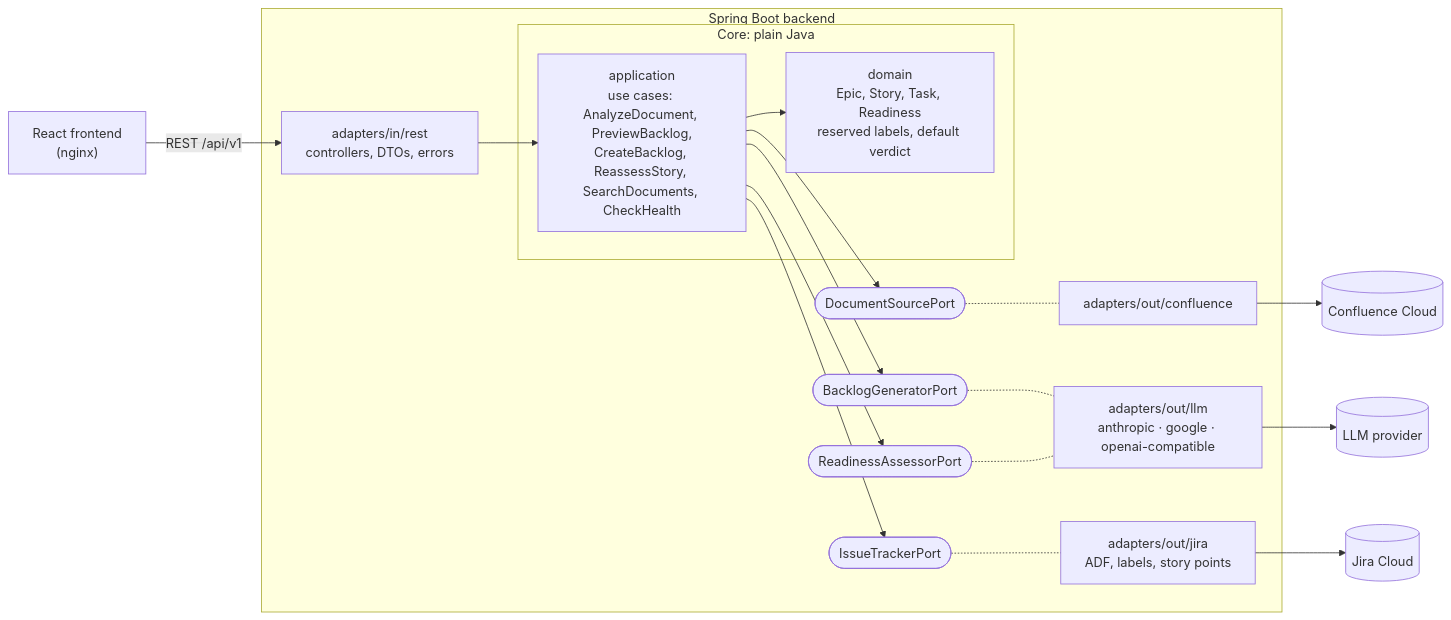
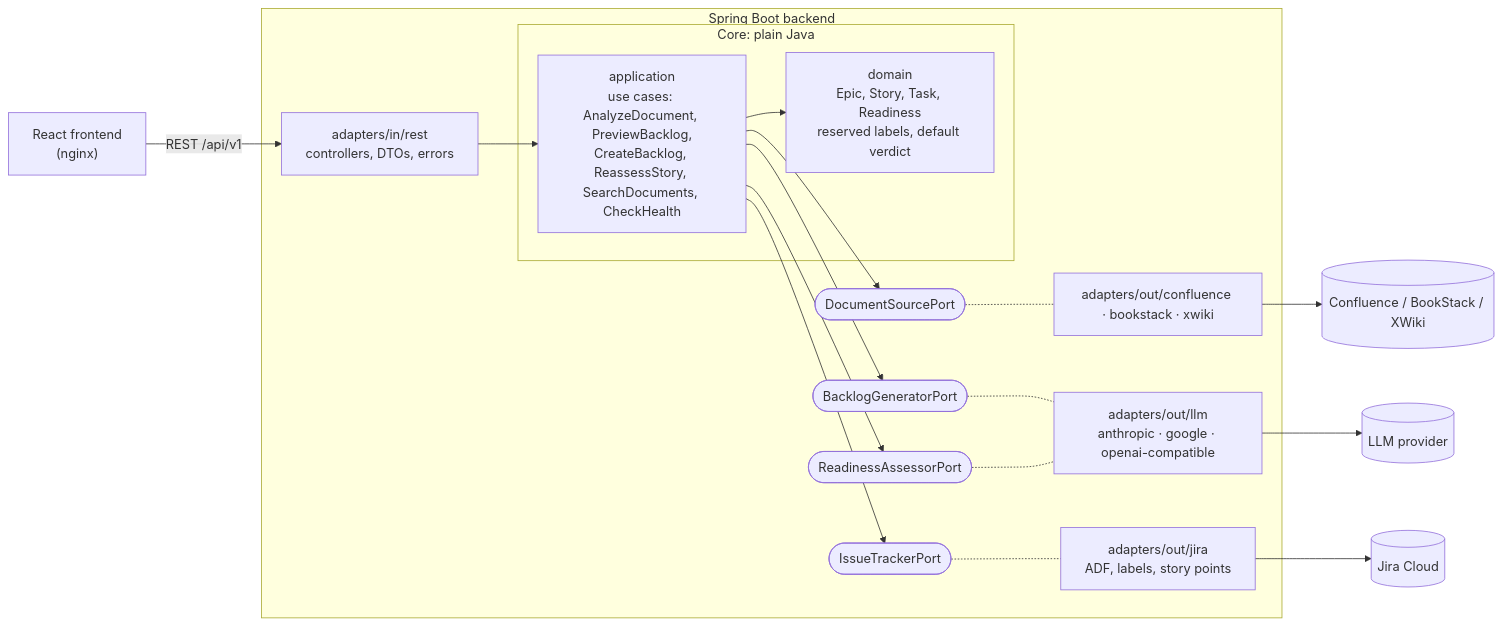
One commit to chams-bensalem/refinr changed the second of 2 diagrams in README.md. Above: the diagram before and after it, drawn with Mermaid. The commit also changed other lines of this file and 19 other files, not shown here.

````diff
--- a/README.md
+++ b/README.md
@@ -177,24 +188,24 @@
 ```mermaid
 flowchart LR
     UI["React frontend<br/>(nginx)"] -->|REST /api/v1| REST
     subgraph backend["Spring Boot backend"]
         REST["adapters/in/rest<br/>controllers, DTOs, errors"]
         subgraph core["Core: plain Java"]
             UC["application<br/>use cases: AnalyzeDocument, PreviewBacklog,<br/>CreateBacklog, ReassessStory, SearchDocuments, CheckHealth"]
             DOM["domain<br/>Epic, Story, Task, Readiness<br/>reserved labels, default verdict"]
             UC --> DOM
         end
         REST --> UC
         UC --> P1(["DocumentSourcePort"])
         UC --> P2(["BacklogGeneratorPort"])
         UC --> P3(["ReadinessAssessorPort"])
         UC --> P4(["IssueTrackerPort"])
-        P1 -.- CONF["adapters/out/confluence"]
+        P1 -.- CONF["adapters/out/confluence · bookstack · xwiki"]
         P2 -.- LLM["adapters/out/llm<br/>anthropic · google · openai-compatible"]
         P3 -.- LLM
         P4 -.- JIRA["adapters/out/jira<br/>ADF, labels, story points"]
     end
-    CONF --> C[("Confluence Cloud")]
+    CONF --> C[("Confluence / BookStack / XWiki")]
     LLM --> L[("LLM provider")]
     JIRA --> J[("Jira Cloud")]
 ```
````
